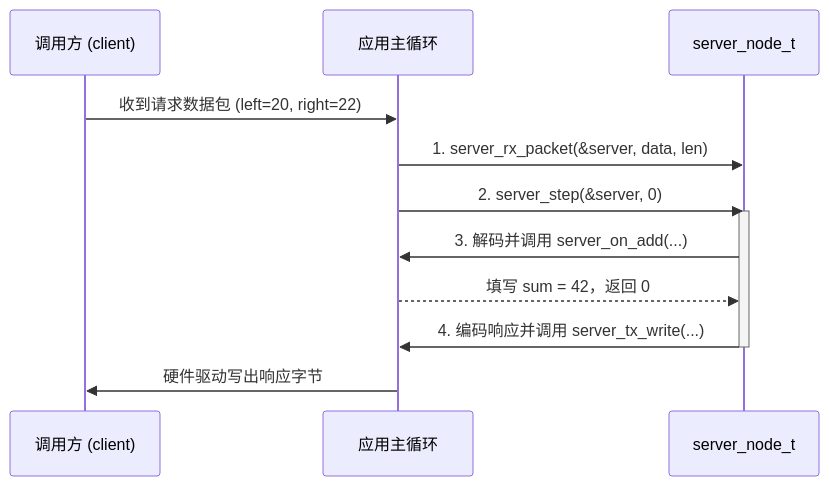
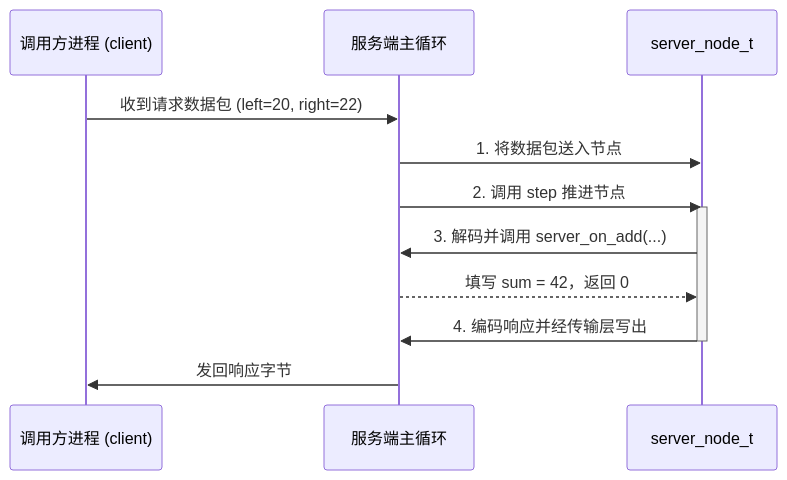
One commit to starwey604/wirelink changed the diagram in site/src/content/docs/zh-cn/learn/01-loopback-endpoint.mdx. Above: the diagram before and after it, drawn with Mermaid. The commit also changed other lines of this file and 272 other files, not shown here.

````diff
--- a/site/src/content/docs/zh-cn/learn/01-loopback-endpoint.mdx
+++ b/site/src/content/docs/zh-cn/learn/01-loopback-endpoint.mdx
@@ -155,16 +196,16 @@
 ```mermaid
 sequenceDiagram
-  participant Peer as 调用方 (client)
-  participant App as 应用主循环
+  participant Peer as 调用方进程 (client)
+  participant App as 服务端主循环
   participant Node as server_node_t
 
   Peer->>App: 收到请求数据包 (left=20, right=22)
-  App->>Node: 1. server_rx_packet(&server, data, len)
-  App->>Node: 2. server_step(&server, 0)
+  App->>Node: 1. 将数据包送入节点
+  App->>Node: 2. 调用 step 推进节点
   activate Node
   Node->>App: 3. 解码并调用 server_on_add(...)
   App-->>Node: 填写 sum = 42，返回 0
-  Node->>App: 4. 编码响应并调用 server_tx_write(...)
+  Node->>App: 4. 编码响应并经传输层写出
   deactivate Node
-  App->>Peer: 硬件驱动写出响应字节
+  App->>Peer: 发回响应字节
 ```
````
